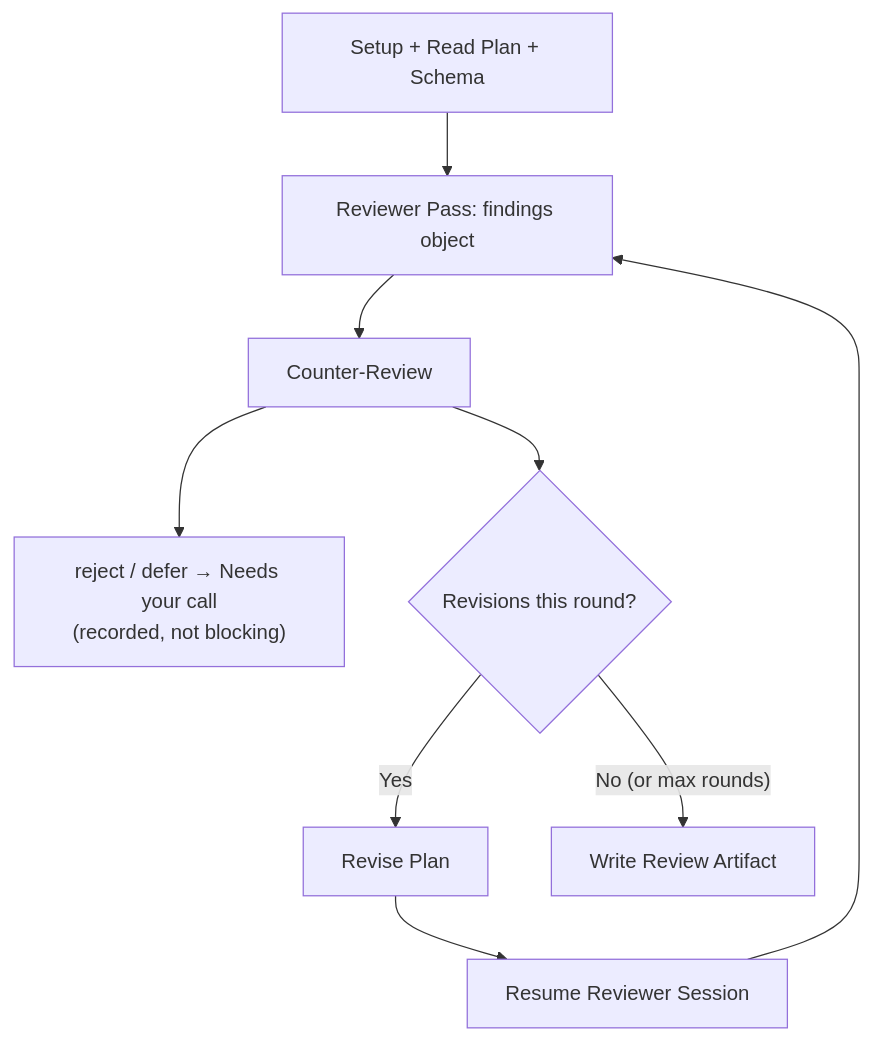
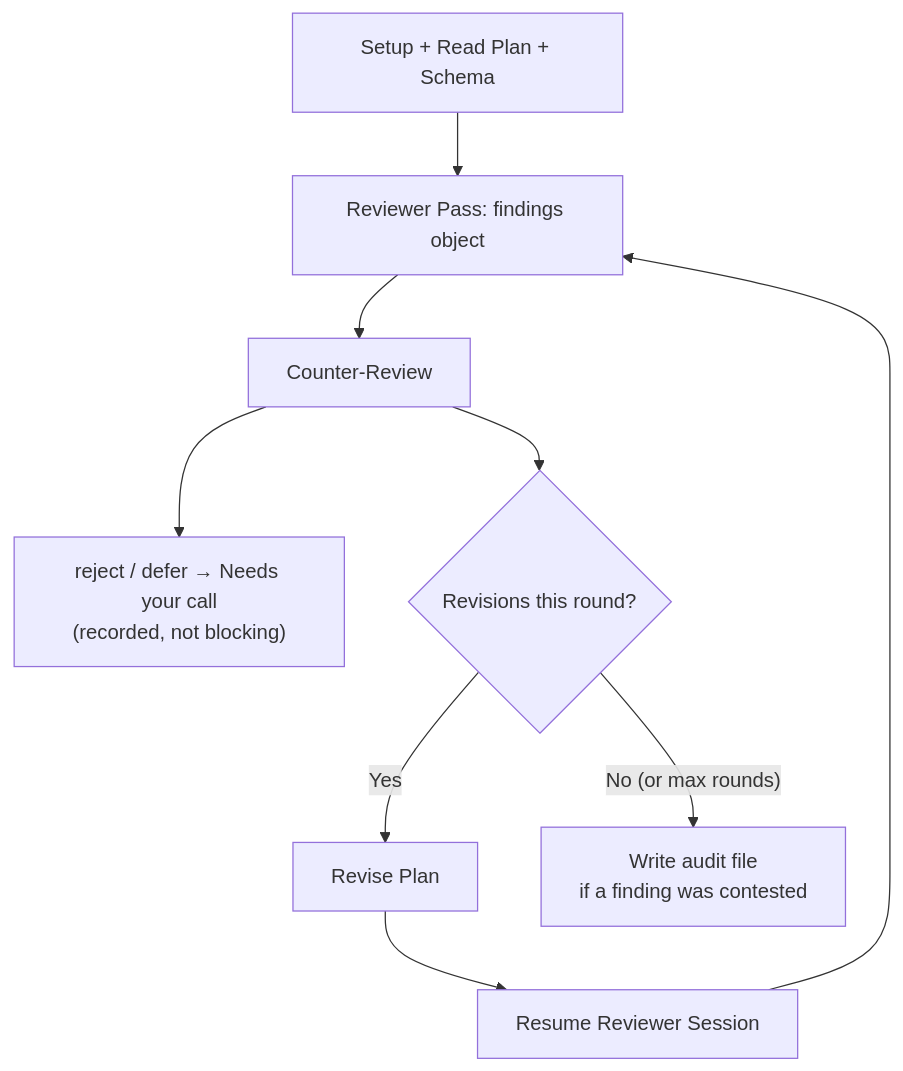
One commit to anbuneel/agentic-engineering changed the second of 8 diagrams in docs/SKILLS_GUIDE.md. Above: the diagram before and after it, drawn with Mermaid. The commit also changed other lines of this file and 10 other files, not shown here.

````diff
--- a/docs/SKILLS_GUIDE.md
+++ b/docs/SKILLS_GUIDE.md
@@ -67,11 +71,12 @@
 ```mermaid
 graph TD
     A[Setup + Read Plan + Schema] --> B[Reviewer Pass: findings object]
     B --> C[Counter-Review]
     C --> C1["reject / defer → Needs your call\n(recorded, not blocking)"]
     C --> D{Revisions this round?}
     D -- Yes --> E[Revise Plan]
     E --> F[Resume Reviewer Session]
     F --> B
-    D -- "No (or max rounds)" --> G[Write Review Artifact]
+    D -- "No (or max rounds)" --> G["Write audit file
+if a finding was contested"]
 ```
````
